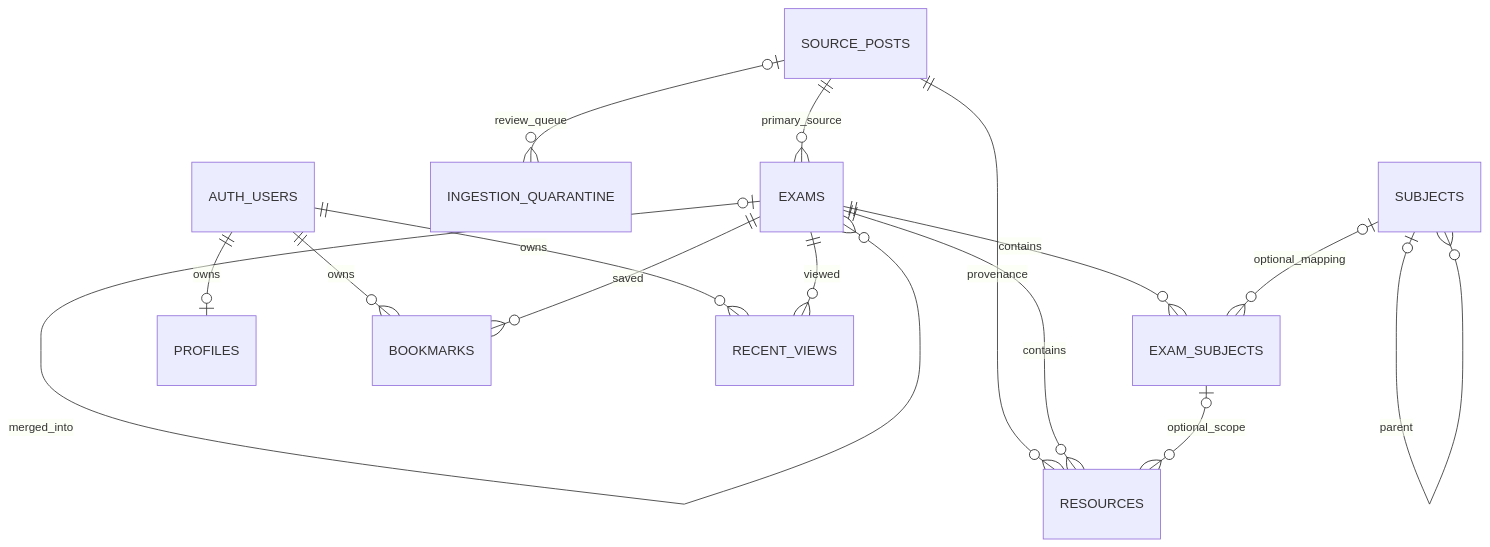
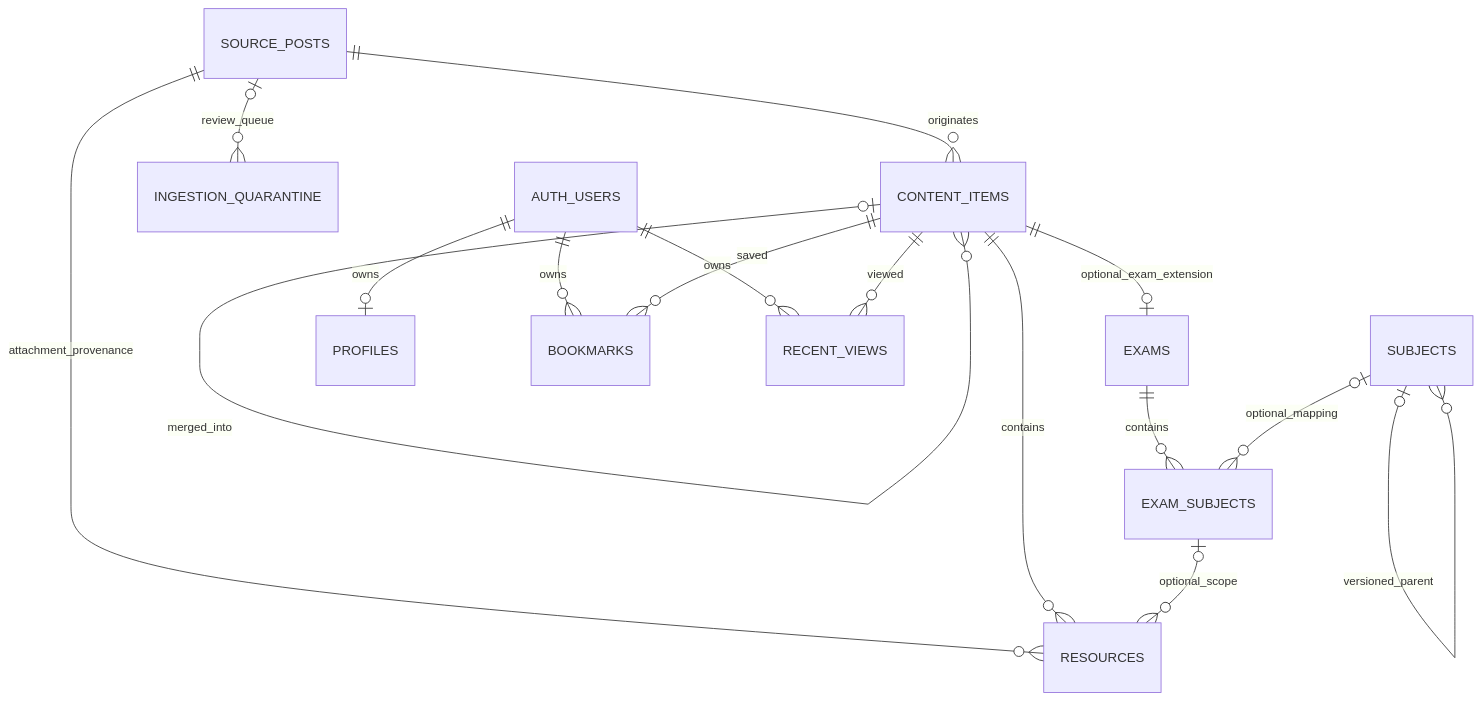
Before and after one commit to LC3808/legendstudy-app: the diagram in wiki/database.md, drawn with Mermaid. The commit also changed other lines of this file and 12 other files, not shown here.

````diff
--- a/wiki/database.md
+++ b/wiki/database.md
@@ -31,17 +20,18 @@
 ```mermaid
 erDiagram
-    SOURCE_POSTS ||--o{ EXAMS : primary_source
-    SOURCE_POSTS ||--o{ RESOURCES : provenance
+    SOURCE_POSTS ||--o{ CONTENT_ITEMS : originates
+    SOURCE_POSTS ||--o{ RESOURCES : attachment_provenance
     SOURCE_POSTS o|--o{ INGESTION_QUARANTINE : review_queue
-    EXAMS o|--o{ EXAMS : merged_into
+    CONTENT_ITEMS o|--o{ CONTENT_ITEMS : merged_into
+    CONTENT_ITEMS ||--o| EXAMS : optional_exam_extension
+    CONTENT_ITEMS ||--o{ RESOURCES : contains
     EXAMS ||--o{ EXAM_SUBJECTS : contains
-    SUBJECTS o|--o{ SUBJECTS : parent
+    SUBJECTS o|--o{ SUBJECTS : versioned_parent
     SUBJECTS o|--o{ EXAM_SUBJECTS : optional_mapping
-    EXAMS ||--o{ RESOURCES : contains
     EXAM_SUBJECTS o|--o{ RESOURCES : optional_scope
     AUTH_USERS ||--o| PROFILES : owns
     AUTH_USERS ||--o{ BOOKMARKS : owns
     AUTH_USERS ||--o{ RECENT_VIEWS : owns
-    EXAMS ||--o{ BOOKMARKS : saved
-    EXAMS ||--o{ RECENT_VIEWS : viewed
+    CONTENT_ITEMS ||--o{ BOOKMARKS : saved
+    CONTENT_ITEMS ||--o{ RECENT_VIEWS : viewed
 ```
````
